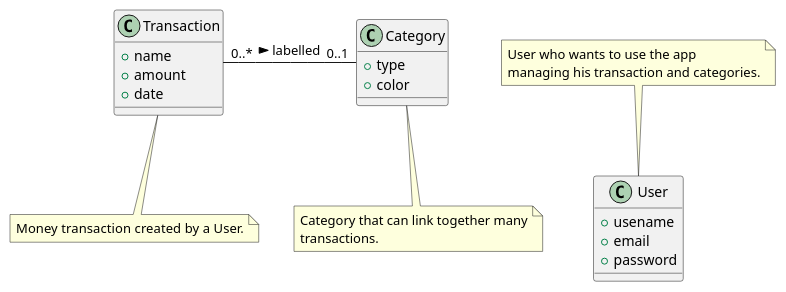
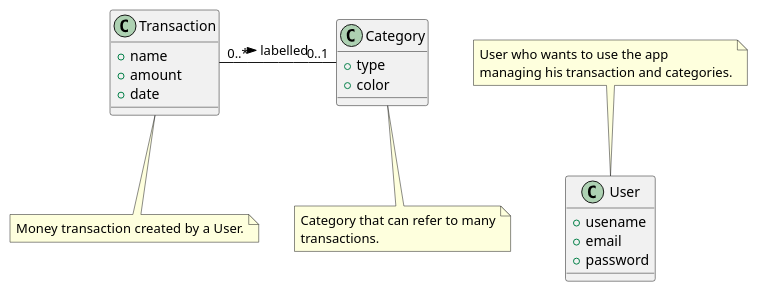
One commit to lara-m2000/ezwallet changed the third of 5 diagrams in RequirementsDocumentV1.md. Above: the diagram before and after it, drawn with PlantUML.

Commit message:
docs: updated glossary

````diff
--- a/RequirementsDocumentV1.md
+++ b/RequirementsDocumentV1.md
@@ -496,49 +496,49 @@
 ```plantuml
 @startuml
 
 
 class User {
 	+ usename
 	+ email
 	+ password
 }
 
 note top of User
 User who wants to use the app
 managing his transaction and categories.
 endnote
 
 
 
 class Transaction {
 	+ name
 	+ amount
 	+ date
 }
 
 note bottom of Transaction
 Money transaction created by a User.
 endnote
 
 
 class Category {
 	+ type
 	+ color
 }
 
 note bottom of Category
-Category that can link together many
+Category that can refer to many
 transactions.
 endnote
 
 
  Transaction "0..*" - "0..1" Category : labelled >
 
 
 ' User --- "0..*" Transaction
 ' User --- "0..*" Category
 
 
 
 @enduml
 ```
````
